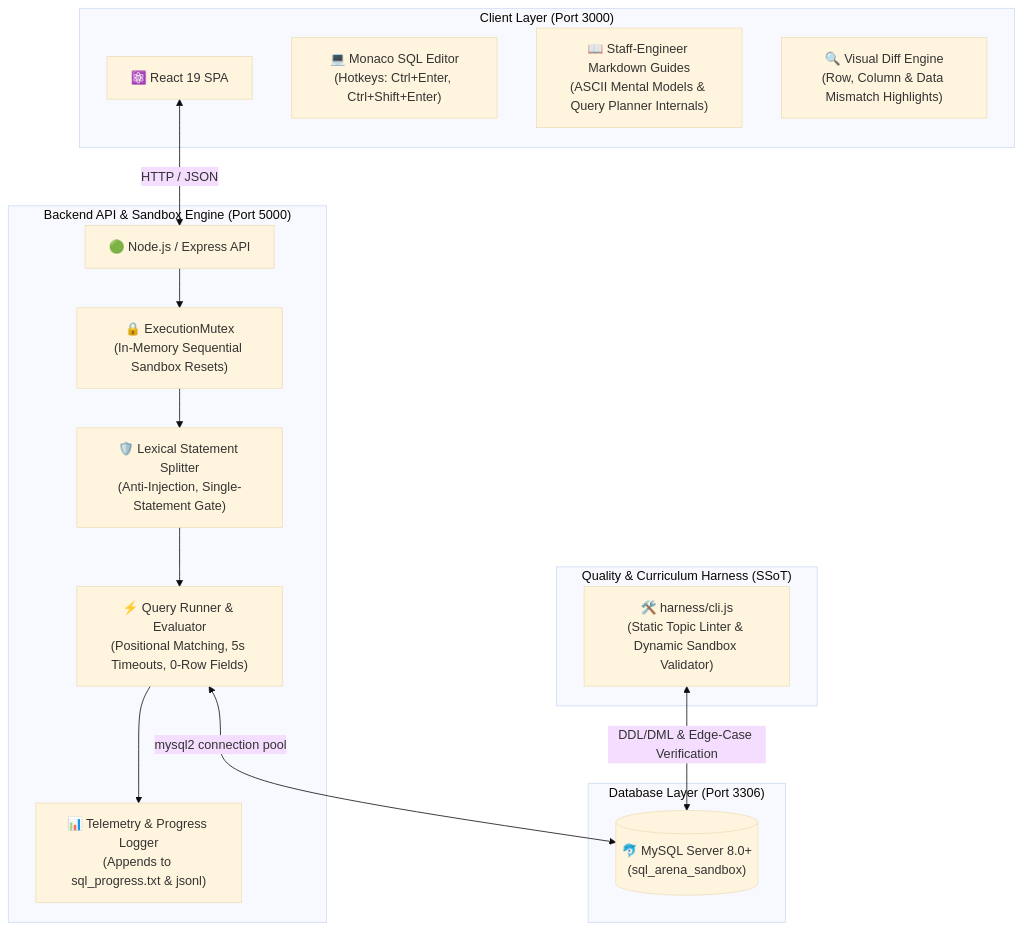
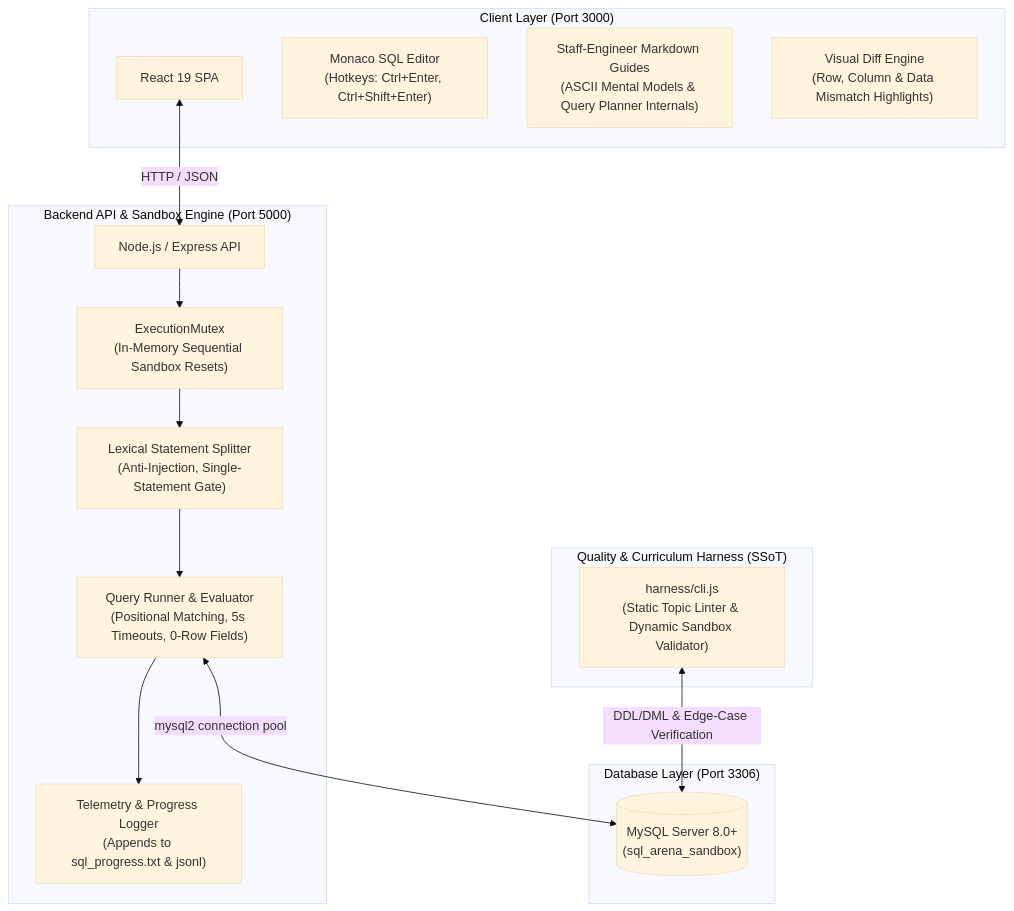
One commit to bapatata688/SQL_arena changed the diagram in README.md. Above: the diagram before and after it, drawn with Mermaid (base theme). The commit also changed other lines of this file and 19 other files, not shown here.

````diff
--- a/README.md
+++ b/README.md
@@ -35,33 +35,33 @@
 ```mermaid
 flowchart TD
     subgraph Client ["Client Layer (Port 3000)"]
-        UI["⚛️ React 19 SPA"]
-        Editor["💻 Monaco SQL Editor\n(Hotkeys: Ctrl+Enter, Ctrl+Shift+Enter)"]
-        Guides["📖 Staff-Engineer Markdown Guides\n(ASCII Mental Models & Query Planner Internals)"]
-        DiffUI["🔍 Visual Diff Engine\n(Row, Column & Data Mismatch Highlights)"]
+        UI["React 19 SPA"]
+        Editor["Monaco SQL Editor\n(Hotkeys: Ctrl+Enter, Ctrl+Shift+Enter)"]
+        Guides["Staff-Engineer Markdown Guides\n(ASCII Mental Models & Query Planner Internals)"]
+        DiffUI["Visual Diff Engine\n(Row, Column & Data Mismatch Highlights)"]
     end
 
     subgraph Server ["Backend API & Sandbox Engine (Port 5000)"]
-        Express["🟢 Node.js / Express API"]
-        Mutex["🔒 ExecutionMutex\n(In-Memory Sequential Sandbox Resets)"]
-        Parser["🛡️ Lexical Statement Splitter\n(Anti-Injection, Single-Statement Gate)"]
-        Runner["⚡ Query Runner & Evaluator\n(Positional Matching, 5s Timeouts, 0-Row Fields)"]
-        Telem["📊 Telemetry & Progress Logger\n(Appends to sql_progress.txt & jsonl)"]
+        Express["Node.js / Express API"]
+        Mutex["ExecutionMutex\n(In-Memory Sequential Sandbox Resets)"]
+        Parser["Lexical Statement Splitter\n(Anti-Injection, Single-Statement Gate)"]
+        Runner["Query Runner & Evaluator\n(Positional Matching, 5s Timeouts, 0-Row Fields)"]
+        Telem["Telemetry & Progress Logger\n(Appends to sql_progress.txt & jsonl)"]
     end
 
     subgraph Harness ["Quality & Curriculum Harness (SSoT)"]
-        CLI["🛠️ harness/cli.js\n(Static Topic Linter & Dynamic Sandbox Validator)"]
+        CLI["harness/cli.js\n(Static Topic Linter & Dynamic Sandbox Validator)"]
     end
 
     subgraph Database ["Database Layer (Port 3306)"]
-        MySQL[("🐬 MySQL Server 8.0+\n(sql_arena_sandbox)")]
+        MySQL[("MySQL Server 8.0+\n(sql_arena_sandbox)")]
     end
 
     UI <-->|HTTP / JSON| Express
     Express --> Mutex
     Mutex --> Parser
     Parser --> Runner
     Runner <-->|mysql2 connection pool| MySQL
     Runner --> Telem
     CLI <-->|DDL/DML & Edge-Case Verification| MySQL
 ```
````
